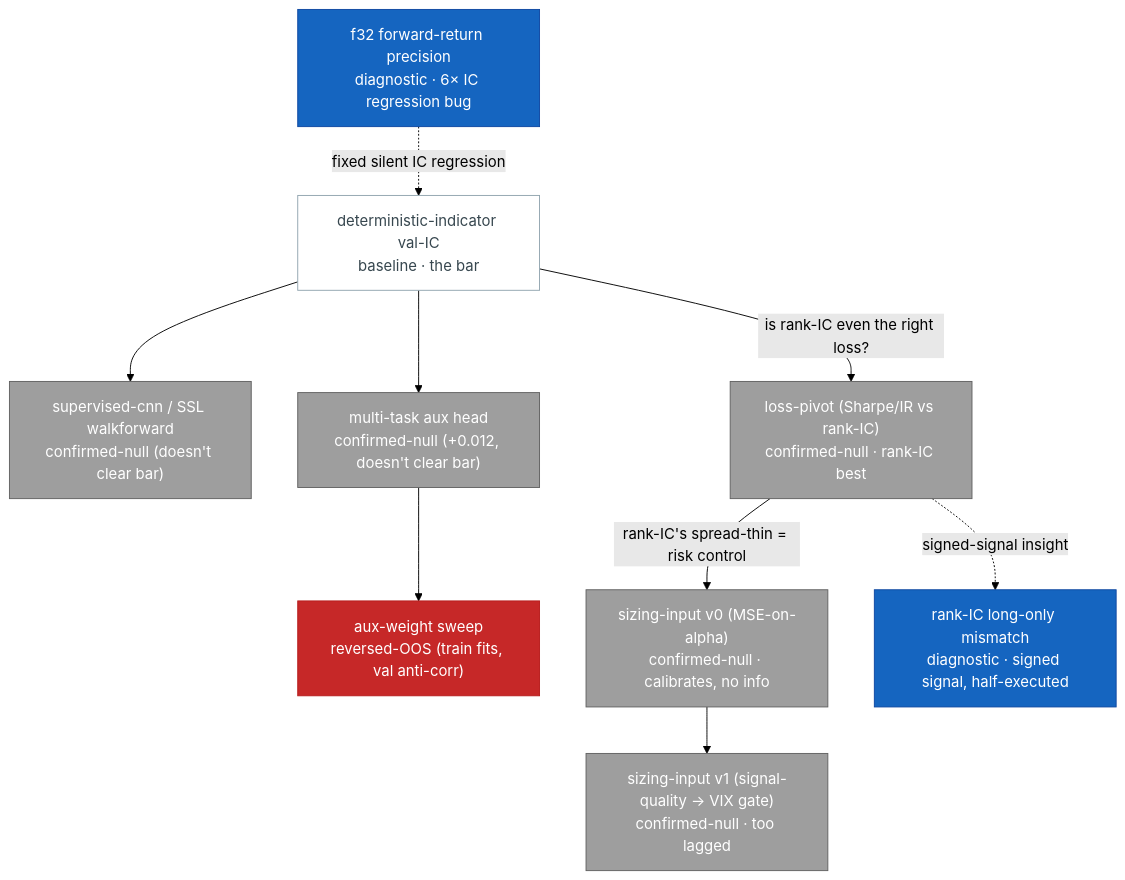
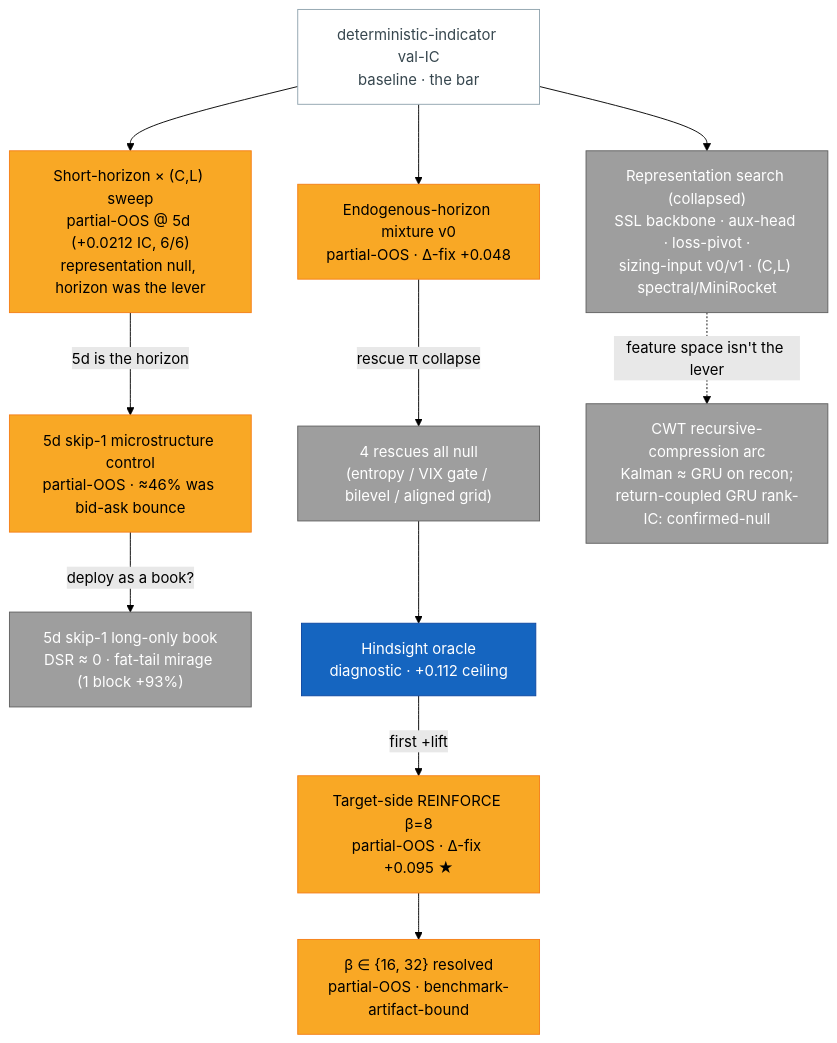
Before and after one commit to sughodke/StockSurvey: the sixth of 12 diagrams in apps/docs/docs/map.md, drawn with Mermaid (forest theme). The commit also changed other lines of this file and 52 other files, not shown here.

````diff
--- a/apps/docs/docs/map.md
+++ b/apps/docs/docs/map.md
@@ -129,26 +274,43 @@
 ```mermaid
 flowchart TD
     base["deterministic-indicator val-IC<br/>baseline · the bar"]:::base
-    ssl["supervised-cnn / SSL walkforward<br/>confirmed-null (doesn't clear bar)"]:::cnull
-    f32["f32 forward-return precision<br/>diagnostic · 6× IC regression bug"]:::diag
-    aux["multi-task aux head<br/>confirmed-null (+0.012, doesn't clear bar)"]:::cnull
-    auxw["aux-weight sweep<br/>reversed-OOS (train fits, val anti-corr)"]:::rOOS
-    lp["loss-pivot (Sharpe/IR vs rank-IC)<br/>confirmed-null · rank-IC best"]:::cnull
-    s0["sizing-input v0 (MSE-on-alpha)<br/>confirmed-null · calibrates, no info"]:::cnull
-    s1["sizing-input v1 (signal-quality → VIX gate)<br/>confirmed-null · too lagged"]:::cnull
-    rio["rank-IC long-only mismatch<br/>diagnostic · signed signal, half-executed"]:::diag
 
-    base --> ssl
-    base --> aux
-    f32 -.->|"fixed silent IC regression"| base
-    aux --> auxw
-    base -->|"is rank-IC even the right loss?"| lp
-    lp -->|"rank-IC's spread-thin = risk control"| s0
-    s0 --> s1
-    lp -.->|"signed-signal insight"| rio
+    %% Representation + objective (collapsed)
+    repr["Representation search (collapsed)<br/>SSL backbone · aux-head · loss-pivot ·<br/>sizing-input v0/v1 · (C,L) spectral/MiniRocket"]:::cnull
 
-    classDef base fill:#fff,stroke:#90a4ae,color:#37474f
+    %% Horizon
+    horiz["Short-horizon × (C,L) sweep<br/>partial-OOS @ 5d (+0.0212 IC, 6/6)<br/>representation null, horizon was the lever"]:::pOOS
+    skip1["5d skip-1 microstructure control<br/>partial-OOS · ≈46% was bid-ask bounce"]:::pOOS
+    skip1d["5d skip-1 long-only book<br/>DSR ≈ 0 · fat-tail mirage (1 block +93%)"]:::cnull
+
+    %% Endogenous-horizon REINFORCE chain
+    eh["Endogenous-horizon mixture v0<br/>partial-OOS · Δ-fix +0.048"]:::pOOS
+    rescues["4 rescues all null<br/>(entropy / VIX gate / bilevel / aligned grid)"]:::cnull
+    orc["Hindsight oracle<br/>diagnostic · +0.112 ceiling"]:::diag
+    rei["Target-side REINFORCE β=8<br/>partial-OOS · Δ-fix +0.095 ★"]:::pOOS
+    reib["β ∈ {16, 32} resolved<br/>partial-OOS · benchmark-artifact-bound"]:::pOOS
+
+    %% CWT recursive-compression (separate arc but feeds factor)
+    cwtarc["CWT recursive-compression arc<br/>Kalman ≈ GRU on recon;<br/>return-coupled GRU rank-IC: confirmed-null"]:::cnull
+
+    base --> repr
+    base --> horiz
+    horiz -->|"5d is the horizon"| skip1
+    skip1 -->|"deploy as a book?"| skip1d
+    base --> eh
+    eh -->|"rescue π collapse"| rescues
+    rescues --> orc
+    orc -->|"first +lift"| rei
+    rei --> reib
+    repr -.->|"feature space isn't the lever"| cwtarc
+
+    click horiz "../findings/factor-shorthorizon-representation.md"
+    click cwtarc "../findings/cwt-recursive-compression.md"
+    click orc "../findings/factor-endogenous-horizon-mixture.md"
+
+    classDef cOOS fill:#2e7d32,stroke:#1b5e20,color:#fff
+    classDef pOOS fill:#f9a825,stroke:#f57f17,color:#000
     classDef cnull fill:#9e9e9e,stroke:#616161,color:#fff
     classDef diag fill:#1565c0,stroke:#0d47a1,color:#fff
-    classDef rOOS fill:#c62828,stroke:#b71c1c,color:#fff
+    classDef base fill:#fff,stroke:#90a4ae,color:#37474f
 ```
````
